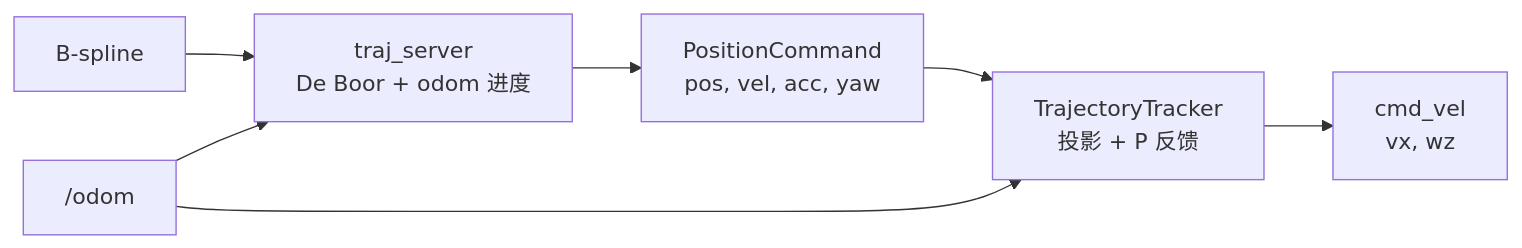
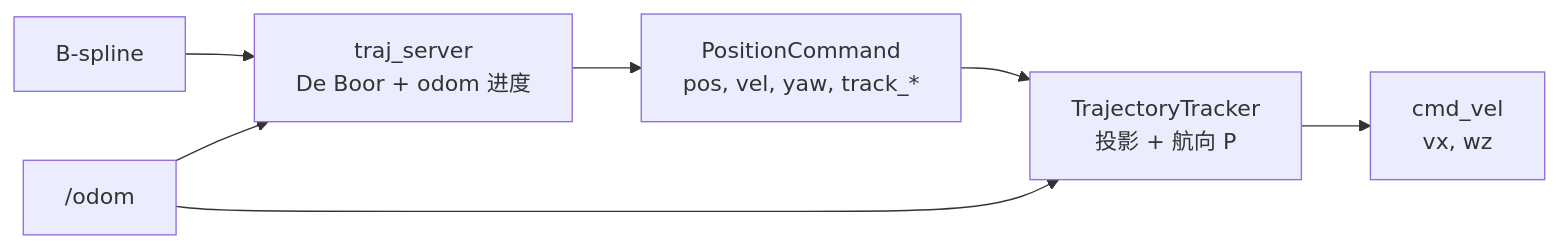
The diagram in docs/02_control_math.md (h6angel/d1pro), drawn with Mermaid before and after one commit. The commit also changed other lines of this file and 14 other files, not shown here.

````diff
--- a/docs/02_control_math.md
+++ b/docs/02_control_math.md
@@ -11,9 +11,9 @@
 ```mermaid
 flowchart LR
     BS["B-spline"] --> TS["traj_server\nDe Boor + odom 进度"]
-    TS --> PC["PositionCommand\npos, vel, acc, yaw"]
-    PC --> BR["TrajectoryTracker\n投影 + P 反馈"]
+    TS --> PC["PositionCommand\npos, vel, yaw, track_*"]
+    PC --> BR["TrajectoryTracker\n投影 + 航向 P"]
     BR --> CV["cmd_vel\nvx, wz"]
     Odom["/odom"] --> TS
     Odom --> BR
 ```
````
